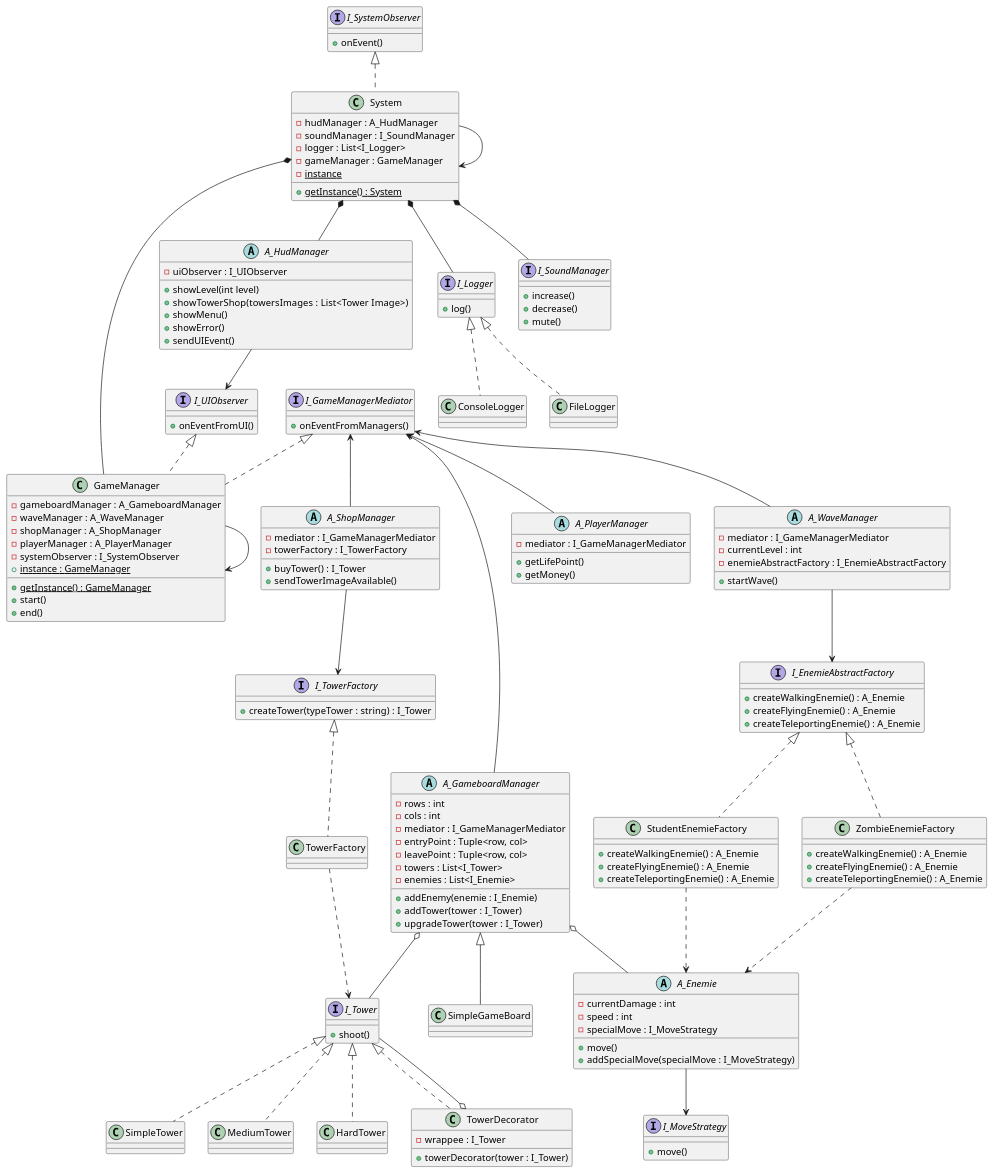
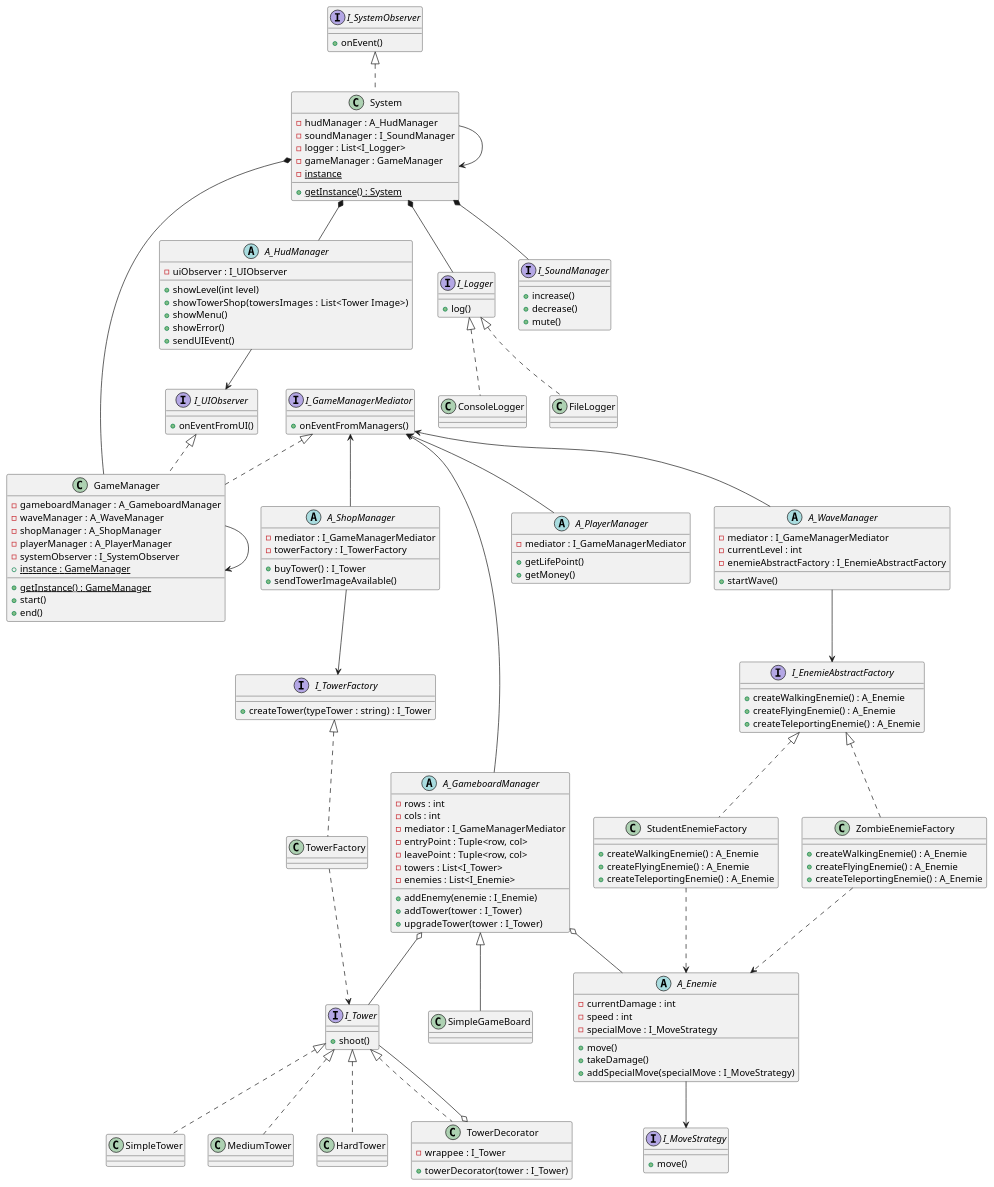
One commit to bobylatruffe/tower_defense changed the diagram in uml.plantuml. Above: the diagram before and after it, drawn with PlantUML. The commit also changed 16 other files, not shown here.

```diff
--- a/uml.plantuml
+++ b/uml.plantuml
@@ -198,6 +198,7 @@
     - speed : int
     - specialMove : I_MoveStrategy
     + move()
+    + takeDamage()
     + addSpecialMove(specialMove : I_MoveStrategy)
 }
 
```
